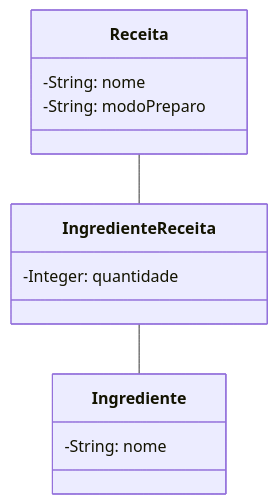
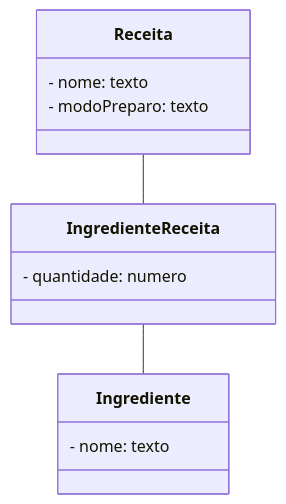
One commit to augustocesarsousa/engenharia-de-software changed the fifth of 5 diagrams in 04_analise_de_sistemas/README.md. Above: the diagram before and after it, drawn with Mermaid. The commit also changed other lines of this file, not shown here.

Commit message:
Análise de Sistemas - Objetos e Classes - Diagrama de Classes

````diff
--- a/04_analise_de_sistemas/README.md
+++ b/04_analise_de_sistemas/README.md
@@ -572,15 +572,15 @@
 ```mermaid
  classDiagram
       Receita -- IngredienteReceita
       IngredienteReceita -- Ingrediente
       class Receita {
-        -String: nome
-        -String: modoPreparo
+        - nome: texto
+        - modoPreparo: texto
       }
       class IngredienteReceita {
-        -Integer: quantidade
+        - quantidade: numero
       }
       class Ingrediente {
-        -String: nome
+        - nome: texto
       }
 ```
````
